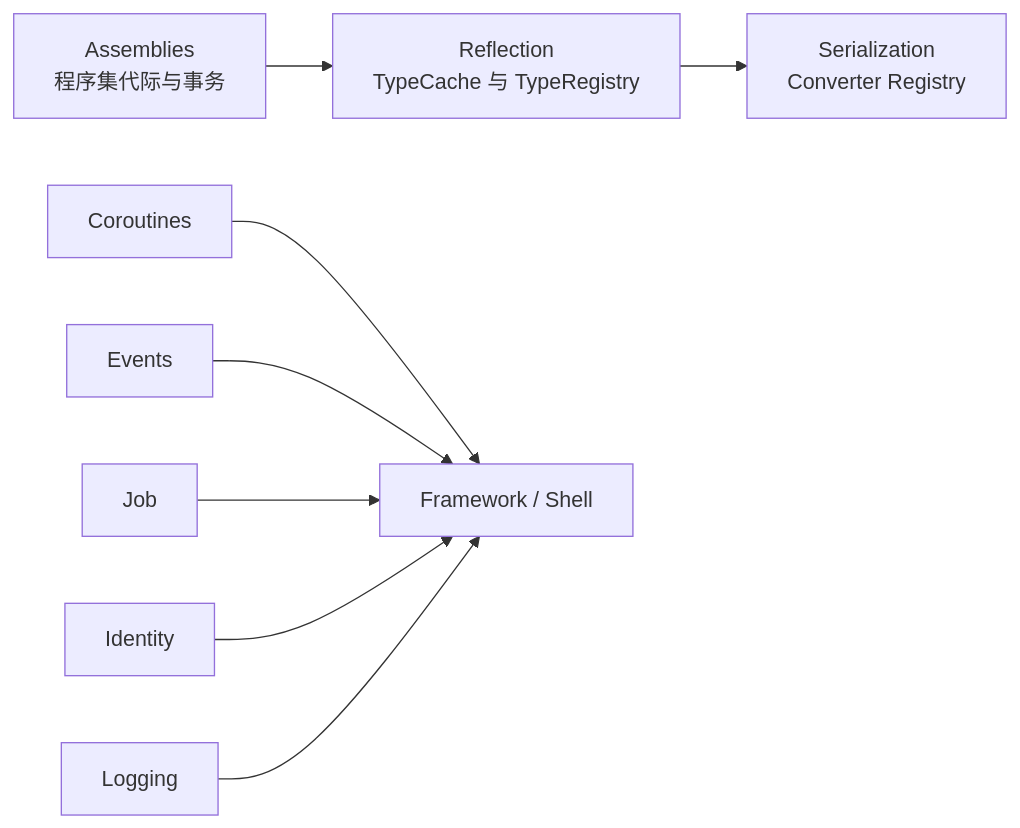
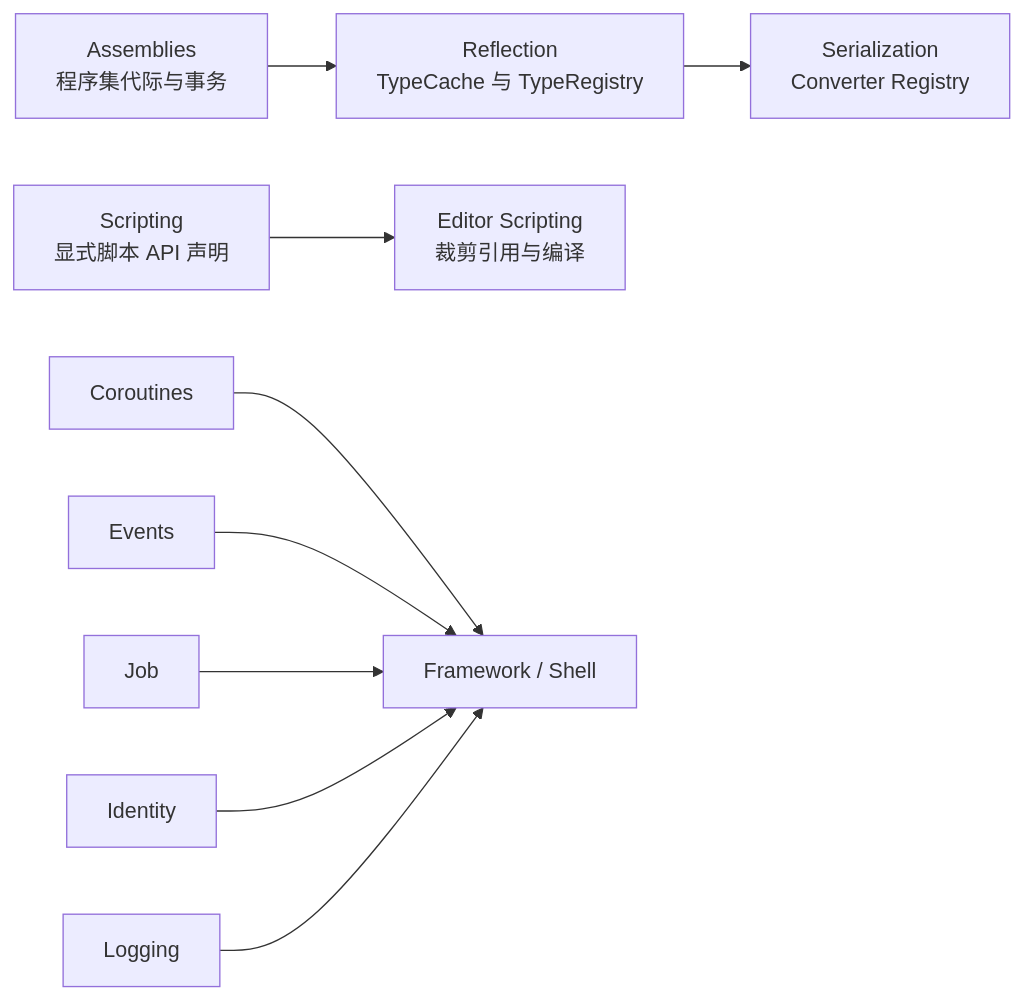
Before and after one commit to FLwolfy/InnoEngine: the diagram in docs/core/README.md, drawn with Mermaid. The commit also changed other lines of this file and 76 other files, not shown here.

Commit message:
Add scripting api and scripting namespaces

````diff
--- a/docs/core/README.md
+++ b/docs/core/README.md
@@ -7,10 +7,11 @@
 ```mermaid
 flowchart LR
     A["Assemblies<br/>程序集代际与事务"] --> R["Reflection<br/>TypeCache 与 TypeRegistry"]
+    SAPI["Scripting<br/>显式脚本 API 声明"] --> ES["Editor Scripting<br/>裁剪引用与编译"]
     R --> S["Serialization<br/>Converter Registry"]
     C["Coroutines"] --> F["Framework / Shell"]
     E["Events"] --> F
     J["Job"] --> F
     I["Identity"] --> F
     L["Logging"] --> F
 ```
````
